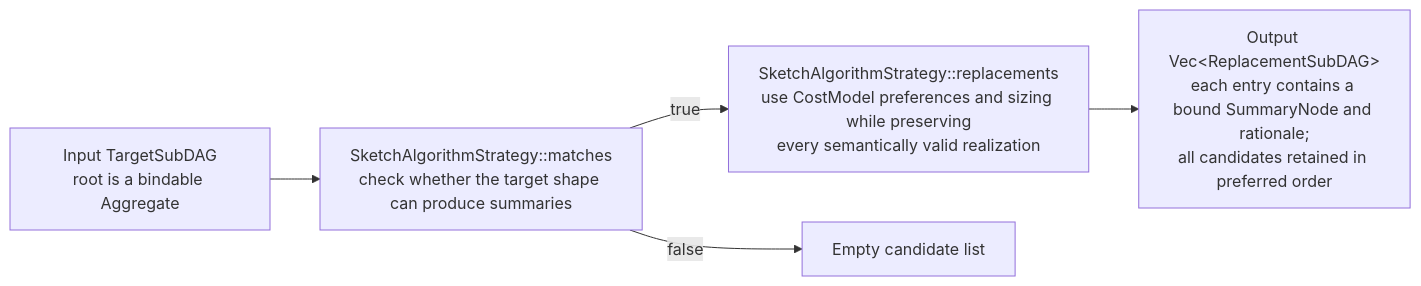
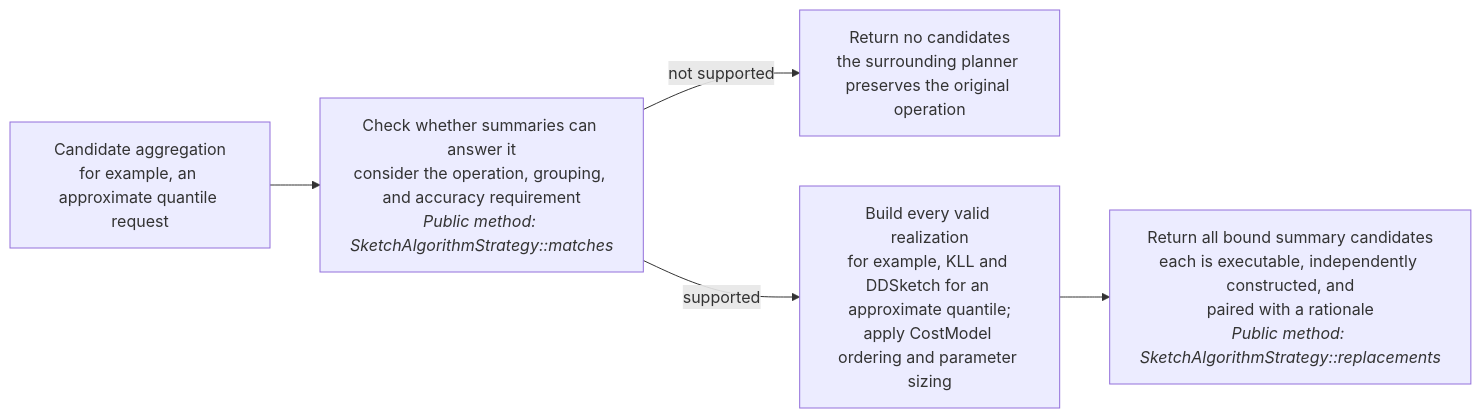
Before and after one commit to ProjectASAP/ASAPPlanner: the third of 6 diagrams in docs/developer_docs/ASAP-aware-mapping-developer-guide.md, drawn with Mermaid. The commit also changed other lines of this file, not shown here.

Commit message:
docs(asap-aware-mapping): make flowcharts public and conceptual

````diff
--- a/docs/developer_docs/ASAP-aware-mapping-developer-guide.md
+++ b/docs/developer_docs/ASAP-aware-mapping-developer-guide.md
@@ -707,7 +701,7 @@
 ```mermaid
 flowchart LR
-  A["Input TargetSubDAG<br/>root is a bindable Aggregate"] --> B["SketchAlgorithmStrategy::matches<br/>check whether the target shape can produce summaries"]
-  B -->|"true"| C["SketchAlgorithmStrategy::replacements<br/>use CostModel preferences and sizing while preserving<br/>every semantically valid realization"]
-  B -->|"false"| NONE["Empty candidate list"]
-  C --> F["Output Vec&lt;ReplacementSubDAG&gt;<br/>each entry contains a bound SummaryNode and rationale;<br/>all candidates retained in preferred order"]
+  A["Candidate aggregation<br/>for example, an approximate quantile request"] --> B["Check whether summaries can answer it<br/>consider the operation, grouping, and accuracy requirement<br/><i>Public method: SketchAlgorithmStrategy::matches</i>"]
+  B -->|"not supported"| NONE["Return no candidates<br/>the surrounding planner preserves the original operation"]
+  B -->|"supported"| C["Build every valid realization<br/>for example, KLL and DDSketch for an approximate quantile;<br/>apply CostModel ordering and parameter sizing"]
+  C --> F["Return all bound summary candidates<br/>each is executable, independently constructed, and<br/>paired with a rationale<br/><i>Public method: SketchAlgorithmStrategy::replacements</i>"]
 ```
````
